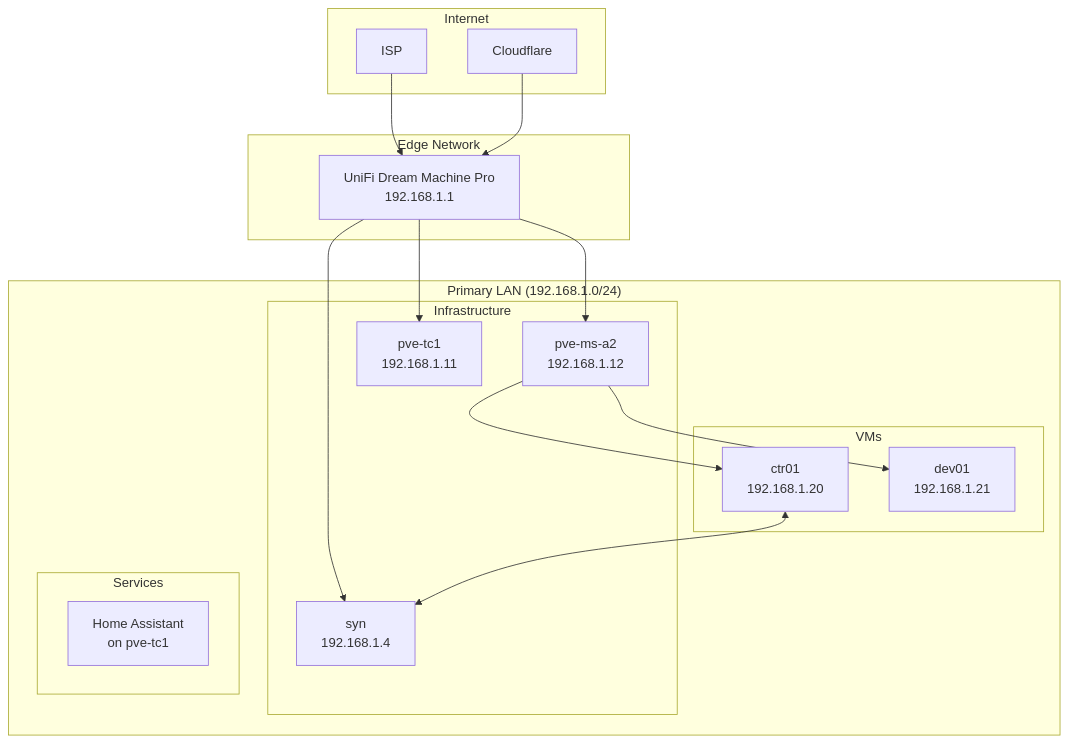
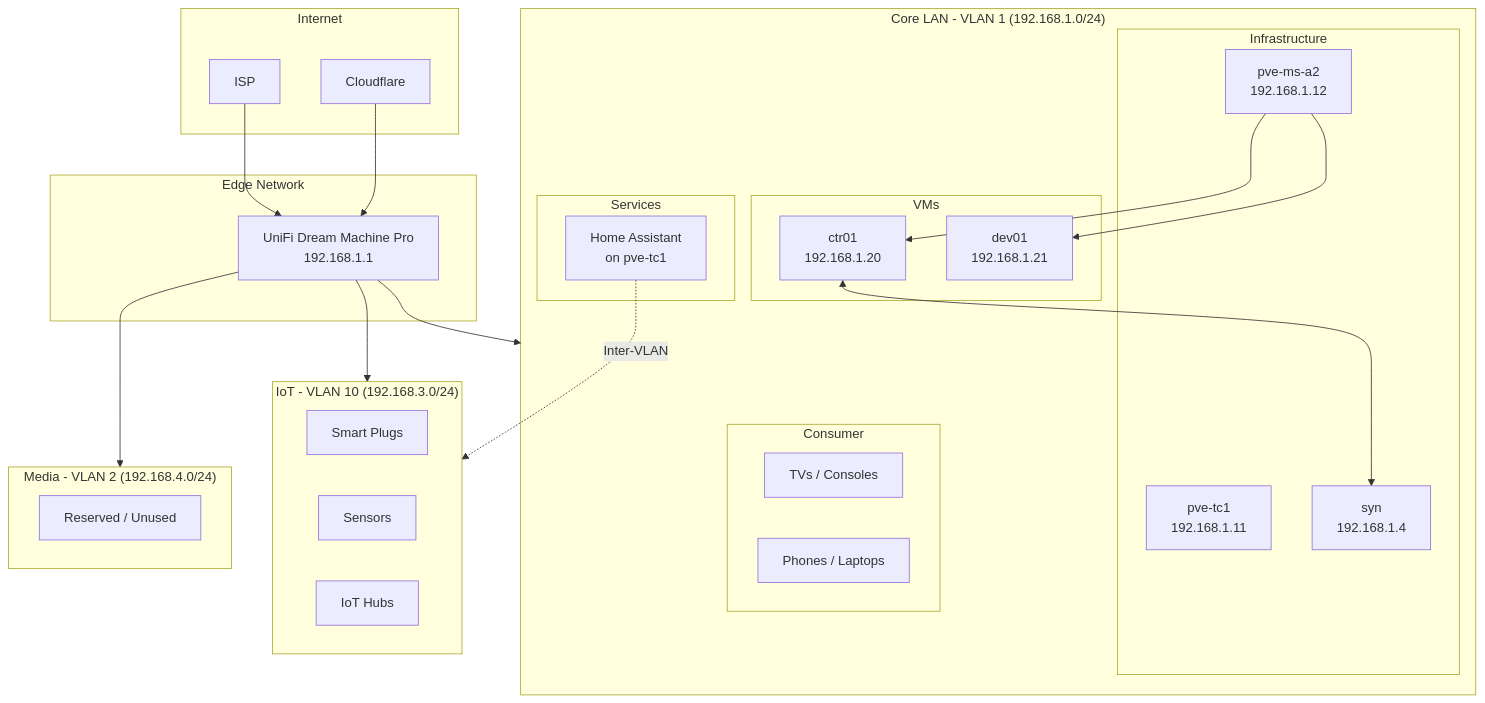
One commit to johnstetter/homelab-docs changed the first of 3 diagrams in docs/architecture/network.md. Above: the diagram before and after it, drawn with Mermaid. The commit also changed other lines of this file and 7 other files, not shown here.

````diff
--- a/docs/architecture/network.md
+++ b/docs/architecture/network.md
@@ -7,37 +44,53 @@
 ```mermaid
 graph TB
     subgraph Internet
         ISP[ISP]
         CF[Cloudflare]
     end
 
     subgraph Edge["Edge Network"]
         RTR[UniFi Dream Machine Pro<br/>192.168.1.1]
     end
 
-    subgraph LAN["Primary LAN (192.168.1.0/24)"]
+    subgraph VLAN1["Core LAN - VLAN 1 (192.168.1.0/24)"]
         subgraph Infrastructure
             PVE1[pve-ms-a2<br/>192.168.1.12]
             PVE2[pve-tc1<br/>192.168.1.11]
             SYN[syn<br/>192.168.1.4]
         end
 
         subgraph VMs
             CTR01[ctr01<br/>192.168.1.20]
             DEV01[dev01<br/>192.168.1.21]
         end
 
         subgraph Services
             HA[Home Assistant<br/>on pve-tc1]
         end
+
+        subgraph Consumer
+            TV[TVs / Consoles]
+            PHONE[Phones / Laptops]
+        end
+    end
+
+    subgraph VLAN10["IoT - VLAN 10 (192.168.3.0/24)"]
+        PLUGS[Smart Plugs]
+        SENSORS[Sensors]
+        HUBS[IoT Hubs]
+    end
+
+    subgraph VLAN2["Media - VLAN 2 (192.168.4.0/24)"]
+        UNUSED[Reserved / Unused]
     end
 
     ISP --> RTR
     CF --> RTR
-    RTR --> PVE1
-    RTR --> PVE2
-    RTR --> SYN
+    RTR --> VLAN1
+    RTR --> VLAN10
+    RTR --> VLAN2
     PVE1 --> CTR01
     PVE1 --> DEV01
     CTR01 <--> SYN
+    HA -.->|Inter-VLAN| VLAN10
 ```
````
